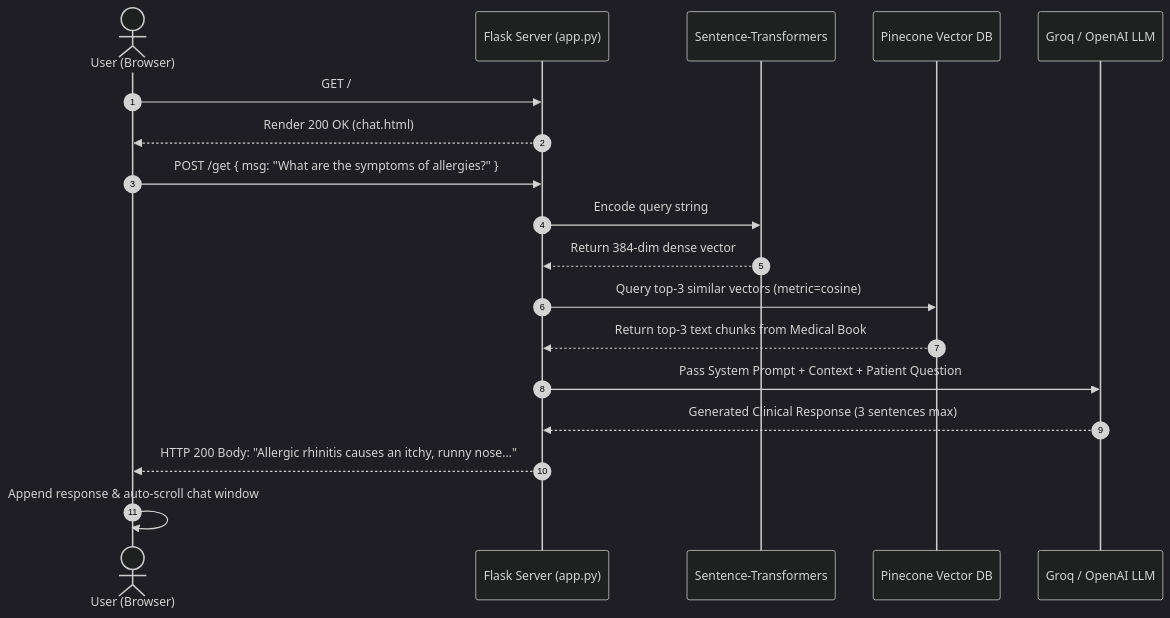
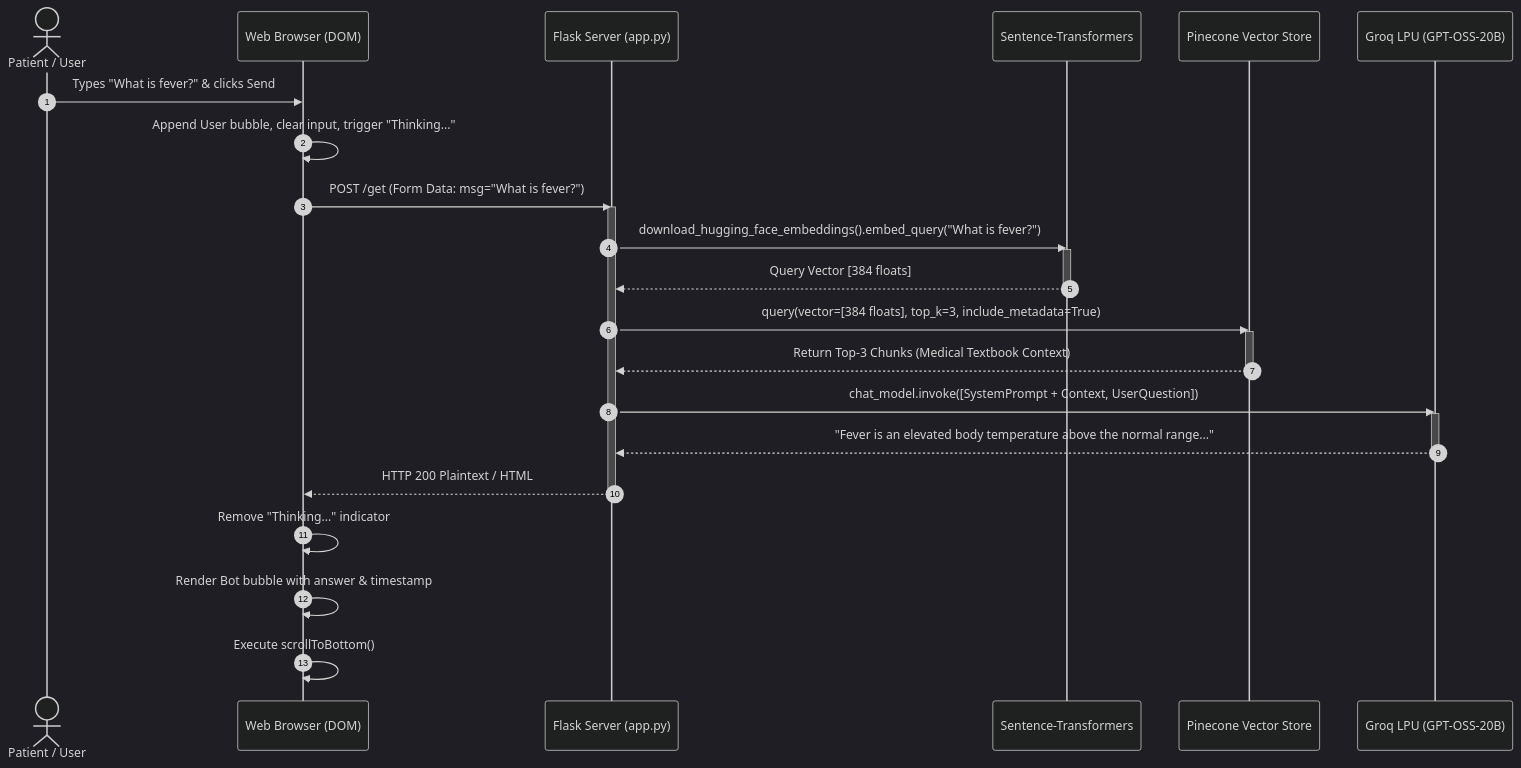
The sixth of 7 diagrams in context.md (nirajmandal1/medico), drawn with Mermaid (dark theme) before and after one commit. The commit also changed other lines of this file, not shown here.

Commit message:
Update context.md with in-depth academic engineering capstone report and comprehensive DFDs

````diff
--- a/context.md
+++ b/context.md
@@ -160,21 +380,37 @@
 ```mermaid
 sequenceDiagram
     autonumber
-    actor Patient as User (Browser)
+    actor User as Patient / User
+    participant Browser as Web Browser (DOM)
     participant Flask as Flask Server (app.py)
     participant Embed as Sentence-Transformers
-    participant Pinecone as Pinecone Vector DB
-    participant LLM as Groq / OpenAI LLM
+    participant Pinecone as Pinecone Vector Store
+    participant LLM as Groq LPU (GPT-OSS-20B)
 
-    Patient->>Flask: GET /
-    Flask-->>Patient: Render 200 OK (chat.html)
-    Patient->>Flask: POST /get { msg: "What are the symptoms of allergies?" }
-    Flask->>Embed: Encode query string
-    Embed-->>Flask: Return 384-dim dense vector
-    Flask->>Pinecone: Query top-3 similar vectors (metric=cosine)
-    Pinecone-->>Flask: Return top-3 text chunks from Medical Book
-    Flask->>LLM: Pass System Prompt + Context + Patient Question
-    LLM-->>Flask: Generated Clinical Response (3 sentences max)
-    Flask-->>Patient: HTTP 200 Body: "Allergic rhinitis causes an itchy, runny nose..."
-    Patient->>Patient: Append response & auto-scroll chat window
+    User->>Browser: Types "What is fever?" & clicks Send
+    Browser->>Browser: Append User bubble, clear input, trigger "Thinking..."
+    Browser->>Flask: POST /get (Form Data: msg="What is fever?")
+    
+    activate Flask
+    Flask->>Embed: download_hugging_face_embeddings().embed_query("What is fever?")
+    activate Embed
+    Embed-->>Flask: Query Vector [384 floats]
+    deactivate Embed
+    
+    Flask->>Pinecone: query(vector=[384 floats], top_k=3, include_metadata=True)
+    activate Pinecone
+    Pinecone-->>Flask: Return Top-3 Chunks (Medical Textbook Context)
+    deactivate Pinecone
+    
+    Flask->>LLM: chat_model.invoke([SystemPrompt + Context, UserQuestion])
+    activate LLM
+    LLM-->>Flask: "Fever is an elevated body temperature above the normal range..."
+    deactivate LLM
+    
+    Flask-->>Browser: HTTP 200 Plaintext / HTML
+    deactivate Flask
+    
+    Browser->>Browser: Remove "Thinking..." indicator
+    Browser->>Browser: Render Bot bubble with answer & timestamp
+    Browser->>Browser: Execute scrollToBottom()
 ```
````
